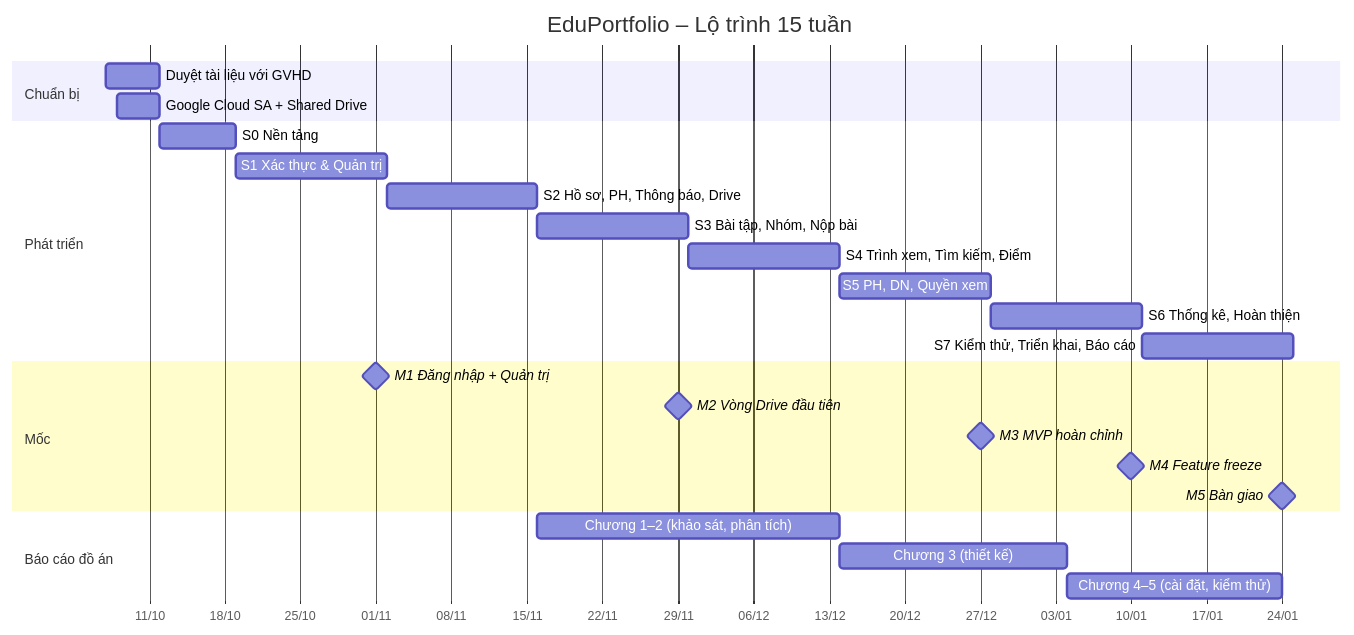
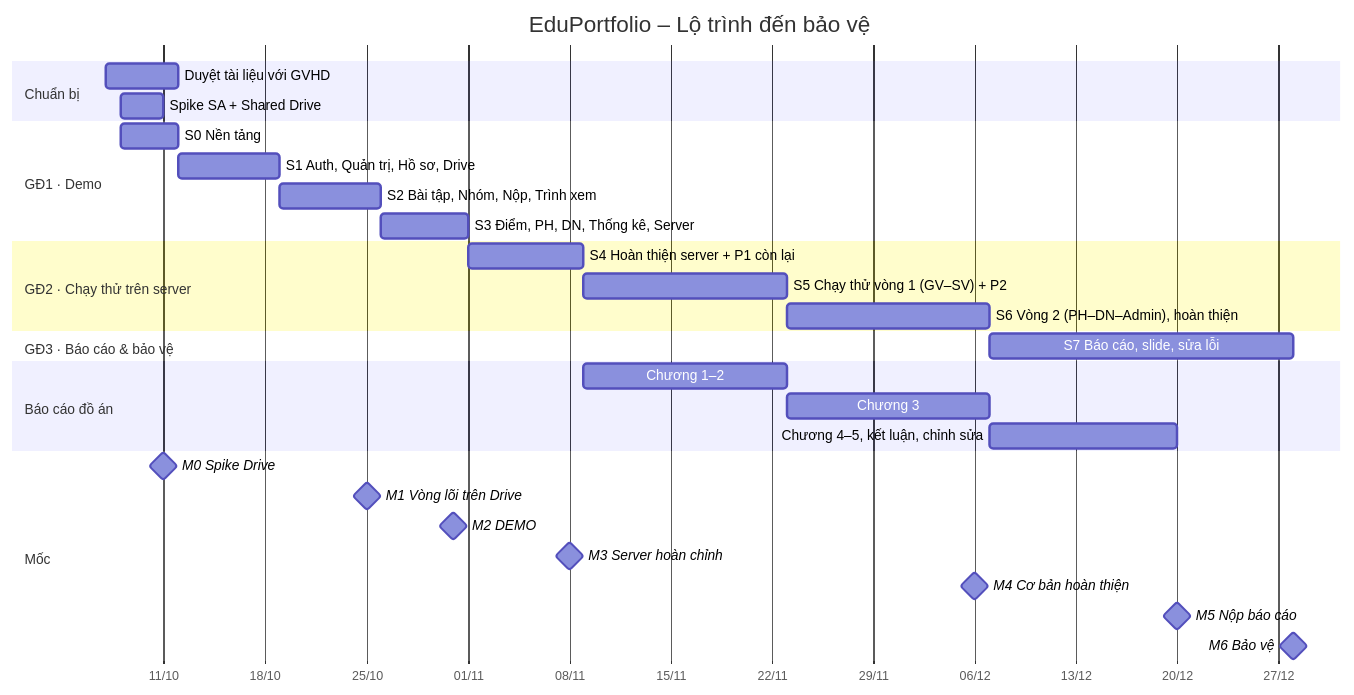
Before and after one commit to Tuaanss/-ATN: the diagram in docs/Plan_project.md, drawn with Mermaid. The commit also changed other lines of this file and 2 other files, not shown here.

````diff
--- a/docs/Plan_project.md
+++ b/docs/Plan_project.md
@@ -100,32 +111,38 @@
 ```mermaid
 gantt
-  title EduPortfolio – Lộ trình 15 tuần
+  title EduPortfolio – Lộ trình đến bảo vệ
   dateFormat  YYYY-MM-DD
   axisFormat  %d/%m
 
   section Chuẩn bị
-  Duyệt tài liệu với GVHD             :         p0, 2026-10-07, 5d
-  Google Cloud SA + Shared Drive      :         p1, 2026-10-08, 4d
+  Duyệt tài liệu với GVHD             : p0, 2026-10-07, 5d
+  Spike SA + Shared Drive             : p1, 2026-10-08, 3d
 
-  section Phát triển
-  S0 Nền tảng                         :         s0, 2026-10-12, 7d
-  S1 Xác thực & Quản trị              :         s1, after s0, 14d
-  S2 Hồ sơ, PH, Thông báo, Drive      :         s2, after s1, 14d
-  S3 Bài tập, Nhóm, Nộp bài           :         s3, after s2, 14d
-  S4 Trình xem, Tìm kiếm, Điểm        :         s4, after s3, 14d
-  S5 PH, DN, Quyền xem                :         s5, after s4, 14d
-  S6 Thống kê, Hoàn thiện             :         s6, after s5, 14d
-  S7 Kiểm thử, Triển khai, Báo cáo    :         s7, after s6, 14d
+  section GĐ1 · Demo
+  S0 Nền tảng                         : s0, 2026-10-08, 4d
+  S1 Auth, Quản trị, Hồ sơ, Drive     : s1, 2026-10-12, 7d
+  S2 Bài tập, Nhóm, Nộp, Trình xem    : s2, 2026-10-19, 7d
+  S3 Điểm, PH, DN, Thống kê, Server   : s3, 2026-10-26, 6d
+
+  section GĐ2 · Chạy thử trên server
+  S4 Hoàn thiện server + P1 còn lại   : s4, 2026-11-01, 8d
+  S5 Chạy thử vòng 1 (GV–SV) + P2     : s5, 2026-11-09, 14d
+  S6 Vòng 2 (PH–DN–Admin), hoàn thiện : s6, 2026-11-23, 14d
+
+  section GĐ3 · Báo cáo & bảo vệ
+  S7 Báo cáo, slide, sửa lỗi          : s7, 2026-12-07, 21d
+
+  section Báo cáo đồ án
+  Chương 1–2                          : r1, 2026-11-09, 14d
+  Chương 3                            : r2, 2026-11-23, 14d
+  Chương 4–5, kết luận, chỉnh sửa     : r3, 2026-12-07, 13d
 
   section Mốc
-  M1 Đăng nhập + Quản trị             :milestone, m1, 2026-11-01, 0d
-  M2 Vòng Drive đầu tiên              :milestone, m2, 2026-11-29, 0d
-  M3 MVP hoàn chỉnh                   :milestone, m3, 2026-12-27, 0d
-  M4 Feature freeze                   :milestone, m4, 2027-01-10, 0d
-  M5 Bàn giao                         :milestone, m5, 2027-01-24, 0d
-
-  section Báo cáo đồ án
-  Chương 1–2 (khảo sát, phân tích)    :         r1, 2026-11-16, 28d
-  Chương 3 (thiết kế)                 :         r2, 2026-12-14, 21d
-  Chương 4–5 (cài đặt, kiểm thử)      :         r3, 2027-01-04, 20d
+  M0 Spike Drive                      : milestone, m0, 2026-10-11, 0d
+  M1 Vòng lõi trên Drive              : milestone, m1, 2026-10-25, 0d
+  M2 DEMO                             : milestone, m2, 2026-10-31, 0d
+  M3 Server hoàn chỉnh                : milestone, m3, 2026-11-08, 0d
+  M4 Cơ bản hoàn thiện                : milestone, m4, 2026-12-06, 0d
+  M5 Nộp báo cáo                      : milestone, m5, 2026-12-20, 0d
+  M6 Bảo vệ                           : milestone, m6, 2026-12-28, 0d
 ```
````
